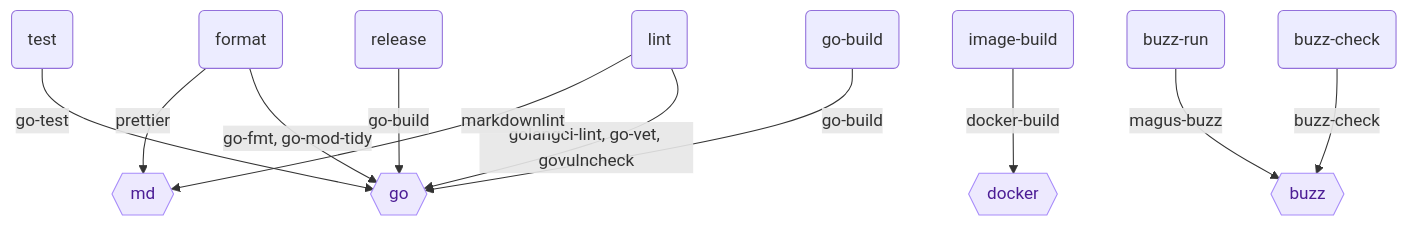
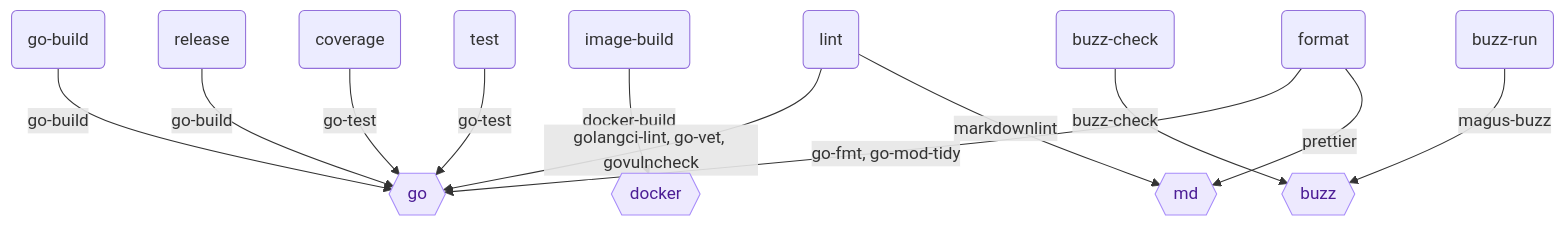
Before and after one commit to egladman/magus: the third of 6 diagrams in MAGUS.md, drawn with Mermaid. The commit also changed other lines of this file and 174 other files, not shown here.

````diff
--- a/MAGUS.md
+++ b/MAGUS.md
@@ -124,27 +120,29 @@
 ```mermaid
 graph TB
   t_go_build("go-build")
   sp_go{{"go"}}
   t_image_build("image-build")
   sp_docker{{"docker"}}
   t_release("release")
+  t_coverage("coverage")
   t_buzz_check("buzz-check")
   sp_buzz{{"buzz"}}
   t_buzz_run("buzz-run")
   t_test("test")
   t_lint("lint")
   sp_md{{"md"}}
   t_format("format")
   t_go_build -->|"go-build"| sp_go
   t_image_build -->|"docker-build"| sp_docker
   t_release -->|"go-build"| sp_go
+  t_coverage -->|"go-test"| sp_go
   t_buzz_check -->|"buzz-check"| sp_buzz
   t_buzz_run -->|"magus-buzz"| sp_buzz
   t_test -->|"go-test"| sp_go
   t_lint -->|"golangci-lint, go-vet, govulncheck"| sp_go
   t_lint -->|"markdownlint"| sp_md
   t_format -->|"go-fmt, go-mod-tidy"| sp_go
   t_format -->|"prettier"| sp_md
   classDef spell fill:#ede9fe,color:#4c1d95,stroke:#a78bfa
   class sp_buzz,sp_docker,sp_go,sp_md spell
 ```
````
